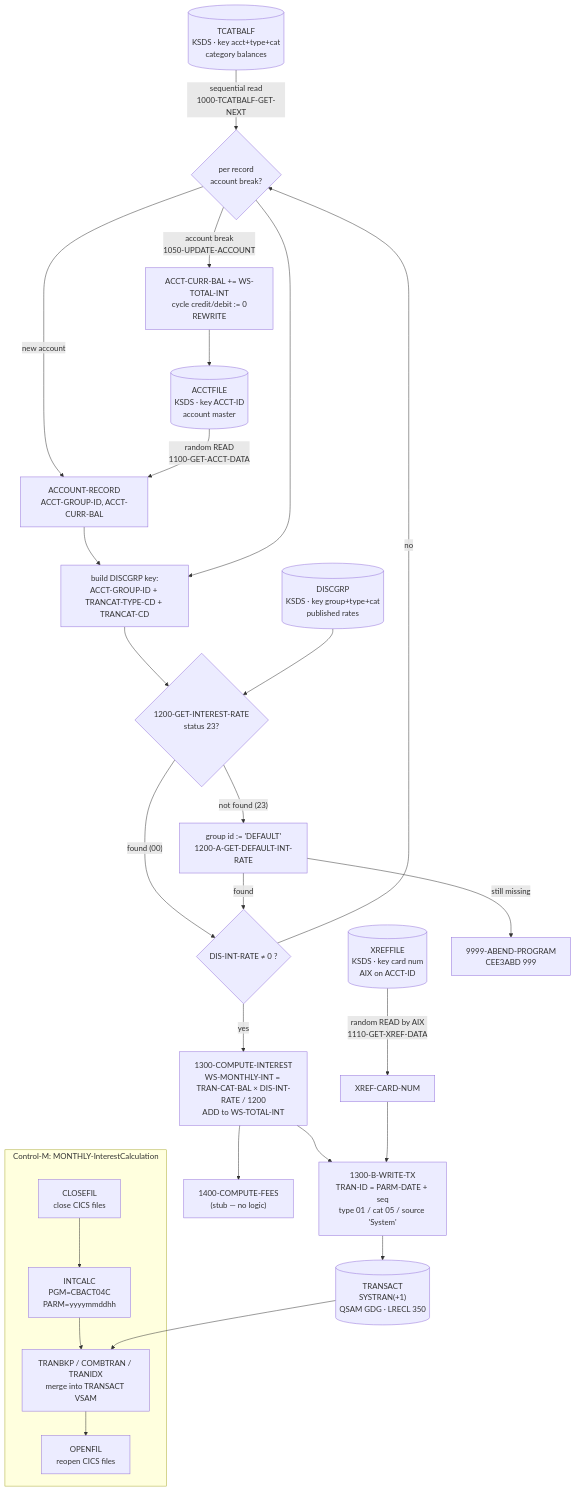
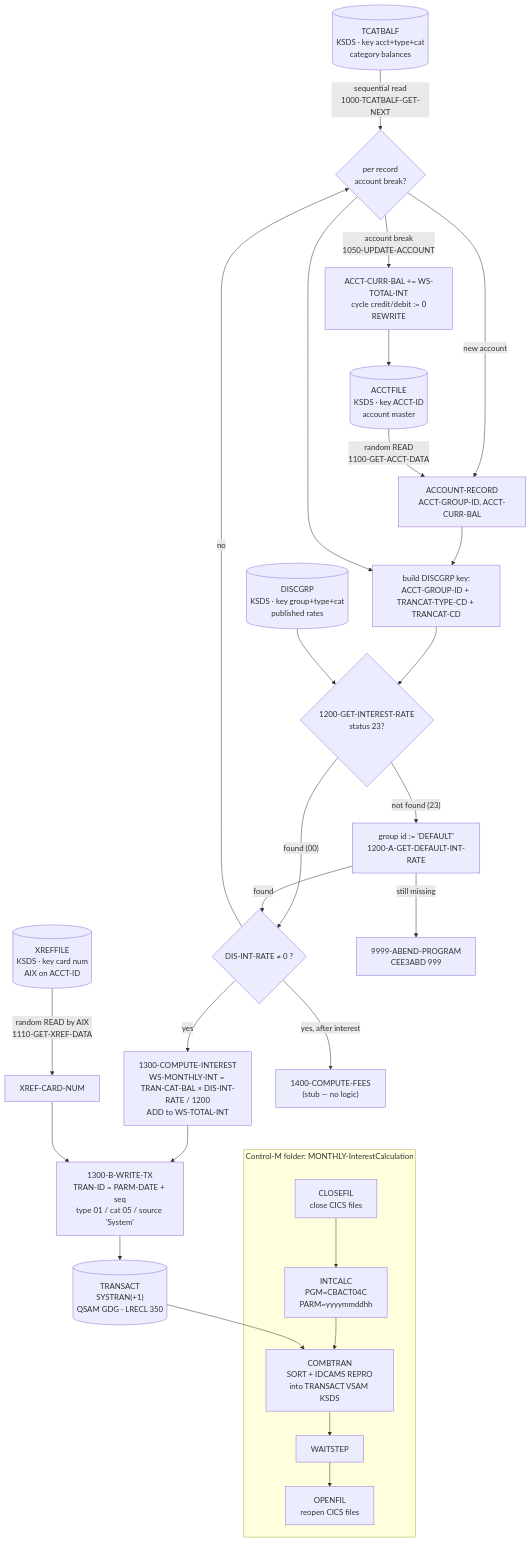
Before and after one commit to Chadillac6/mainframeCOBOL-modernization-carddemo: the diagram in docs/interest-accrual-batch-flow.md, drawn with Mermaid. The commit also changed other lines of this file, not shown here.

Commit message:
docs: fix table alignment, Control-M sequence and fee-stub edge in interest doc

````diff
--- a/docs/interest-accrual-batch-flow.md
+++ b/docs/interest-accrual-batch-flow.md
@@ -161,34 +164,34 @@
 ```mermaid
 flowchart TD
-    subgraph SCHED["Control-M: MONTHLY-InterestCalculation"]
+    subgraph SCHED["Control-M folder: MONTHLY-InterestCalculation"]
         CLOSEFIL["CLOSEFIL<br/>close CICS files"] --> INTCALC["INTCALC<br/>PGM=CBACT04C<br/>PARM=yyyymmddhh"]
-        INTCALC --> TRANBKP["TRANBKP / COMBTRAN / TRANIDX<br/>merge into TRANSACT VSAM"]
-        TRANBKP --> OPENFIL["OPENFIL<br/>reopen CICS files"]
+        INTCALC --> COMBTRAN["COMBTRAN<br/>SORT + IDCAMS REPRO<br/>into TRANSACT VSAM KSDS"]
+        COMBTRAN --> WAITSTEP["WAITSTEP"] --> OPENFIL["OPENFIL<br/>reopen CICS files"]
     end
 
     TCATBAL[("TCATBALF<br/>KSDS · key acct+type+cat<br/>category balances")] -->|"sequential read<br/>1000-TCATBALF-GET-NEXT"| LOOP
 
     LOOP{"per record<br/>account break?"} -->|"new account"| ACCTR
     ACCT[("ACCTFILE<br/>KSDS · key ACCT-ID<br/>account master")] -->|"random READ<br/>1100-GET-ACCT-DATA"| ACCTR["ACCOUNT-RECORD<br/>ACCT-GROUP-ID, ACCT-CURR-BAL"]
     XREF[("XREFFILE<br/>KSDS · key card num<br/>AIX on ACCT-ID")] -->|"random READ by AIX<br/>1110-GET-XREF-DATA"| XREFR["XREF-CARD-NUM"]
 
     ACCTR --> KEY["build DISCGRP key:<br/>ACCT-GROUP-ID + TRANCAT-TYPE-CD + TRANCAT-CD"]
     LOOP --> KEY
     KEY --> RATE{"1200-GET-INTEREST-RATE<br/>status 23?"}
     DISC[("DISCGRP<br/>KSDS · key group+type+cat<br/>published rates")] --> RATE
     RATE -->|"found (00)"| CALC
     RATE -->|"not found (23)"| DEF["group id := 'DEFAULT'<br/>1200-A-GET-DEFAULT-INT-RATE"]
     DEF -->|"found"| CALC
     DEF -->|"still missing"| ABEND["9999-ABEND-PROGRAM<br/>CEE3ABD 999"]
 
     CALC{"DIS-INT-RATE ≠ 0 ?"} -->|"no"| LOOP
     CALC -->|"yes"| INT["1300-COMPUTE-INTEREST<br/>WS-MONTHLY-INT = TRAN-CAT-BAL × DIS-INT-RATE / 1200<br/>ADD to WS-TOTAL-INT"]
-    INT --> FEES["1400-COMPUTE-FEES<br/>(stub — no logic)"]
+    CALC -->|"yes, after interest"| FEES["1400-COMPUTE-FEES<br/>(stub — no logic)"]
     INT --> TX["1300-B-WRITE-TX<br/>TRAN-ID = PARM-DATE + seq<br/>type 01 / cat 05 / source 'System'"]
     TX --> SYSTRAN[("TRANSACT<br/>SYSTRAN(+1)<br/>QSAM GDG · LRECL 350")]
     XREFR --> TX
 
     LOOP -->|"account break<br/>1050-UPDATE-ACCOUNT"| UPD["ACCT-CURR-BAL += WS-TOTAL-INT<br/>cycle credit/debit := 0<br/>REWRITE"]
     UPD --> ACCT
-    SYSTRAN --> TRANBKP
+    SYSTRAN --> COMBTRAN
 ```
````
